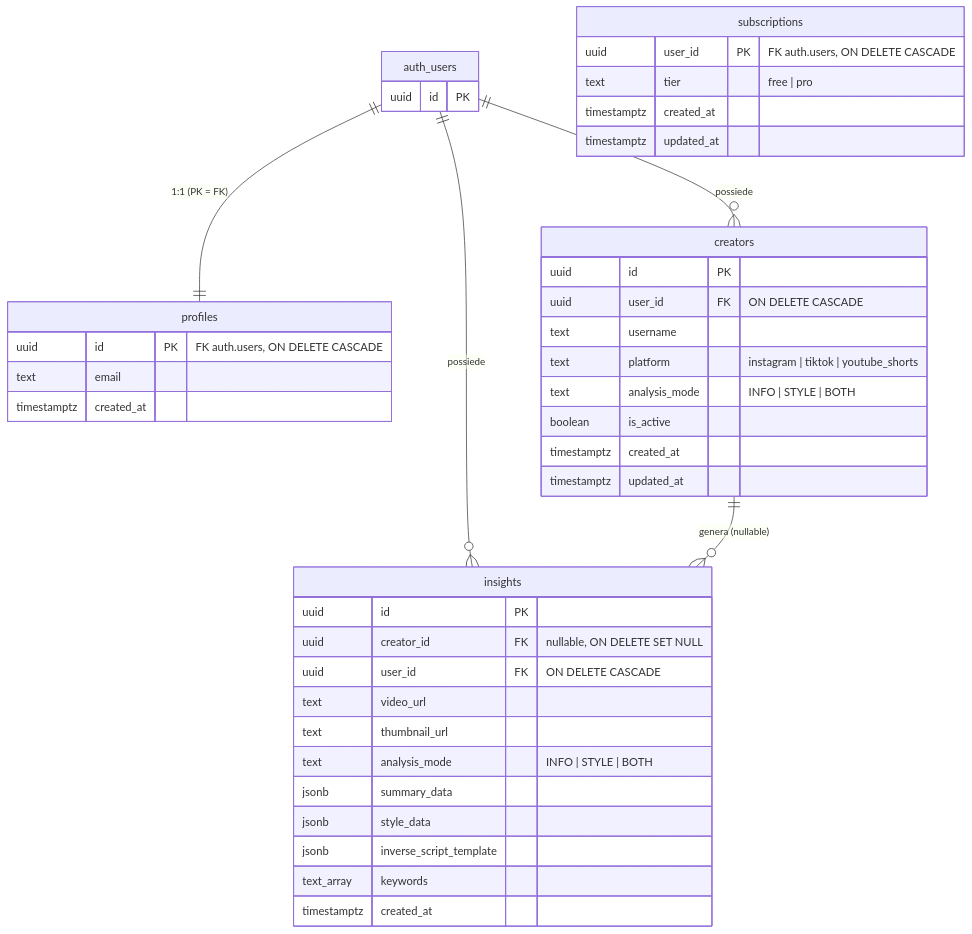
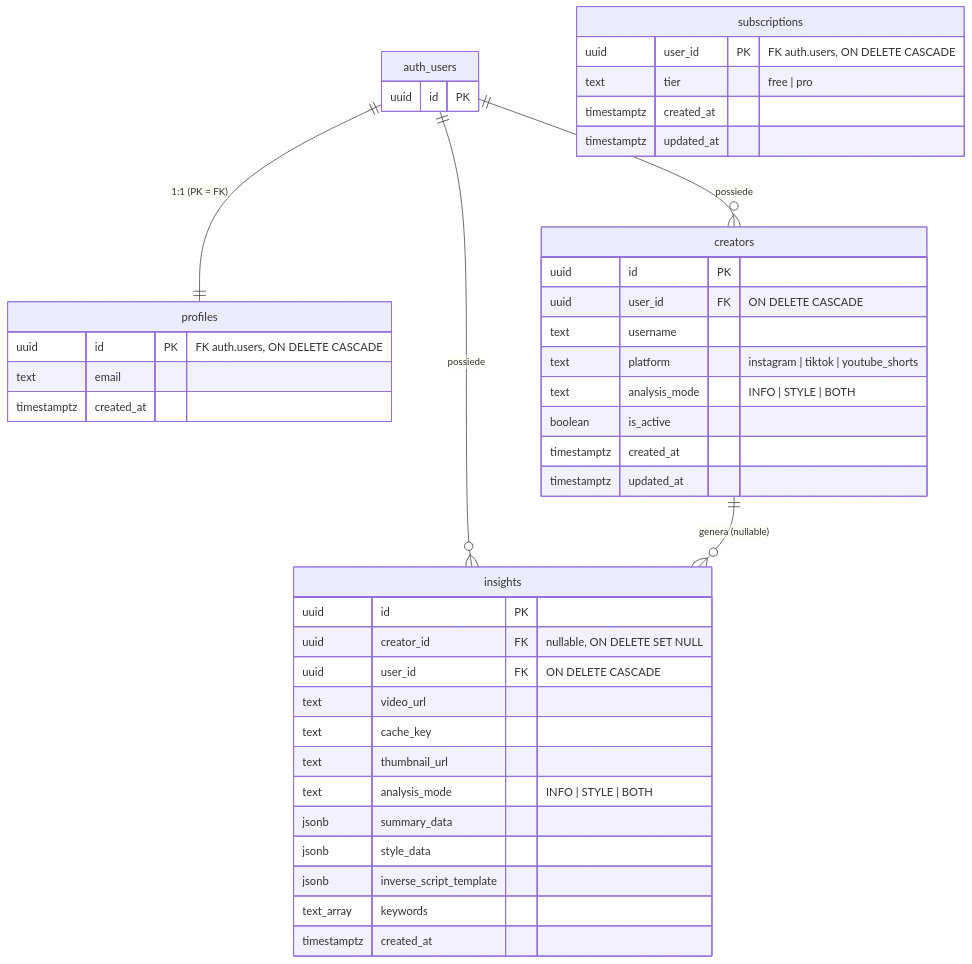
One commit to finee24/PicoX changed the diagram in README.md. Above: the diagram before and after it, drawn with Mermaid. The commit also changed other lines of this file and 11 other files, not shown here.

````diff
--- a/README.md
+++ b/README.md
@@ -318,45 +341,46 @@
 ```mermaid
 erDiagram
     auth_users ||--|| profiles  : "1:1 (PK = FK)"
     auth_users ||--o{ creators  : "possiede"
     auth_users ||--o{ insights  : "possiede"
     creators   ||--o{ insights  : "genera (nullable)"
 
     auth_users {
         uuid id PK
     }
     profiles {
         uuid id PK "FK auth.users, ON DELETE CASCADE"
         text email
         timestamptz created_at
     }
     subscriptions {
         uuid user_id PK "FK auth.users, ON DELETE CASCADE"
         text tier "free | pro"
         timestamptz created_at
         timestamptz updated_at
     }
     creators {
         uuid id PK
         uuid user_id FK "ON DELETE CASCADE"
         text username
         text platform "instagram | tiktok | youtube_shorts"
         text analysis_mode "INFO | STYLE | BOTH"
         boolean is_active
         timestamptz created_at
         timestamptz updated_at
     }
     insights {
         uuid id PK
         uuid creator_id FK "nullable, ON DELETE SET NULL"
         uuid user_id FK "ON DELETE CASCADE"
         text video_url
+        text cache_key
         text thumbnail_url
         text analysis_mode "INFO | STYLE | BOTH"
         jsonb summary_data
         jsonb style_data
         jsonb inverse_script_template
         text_array keywords
         timestamptz created_at
     }
 ```
````
